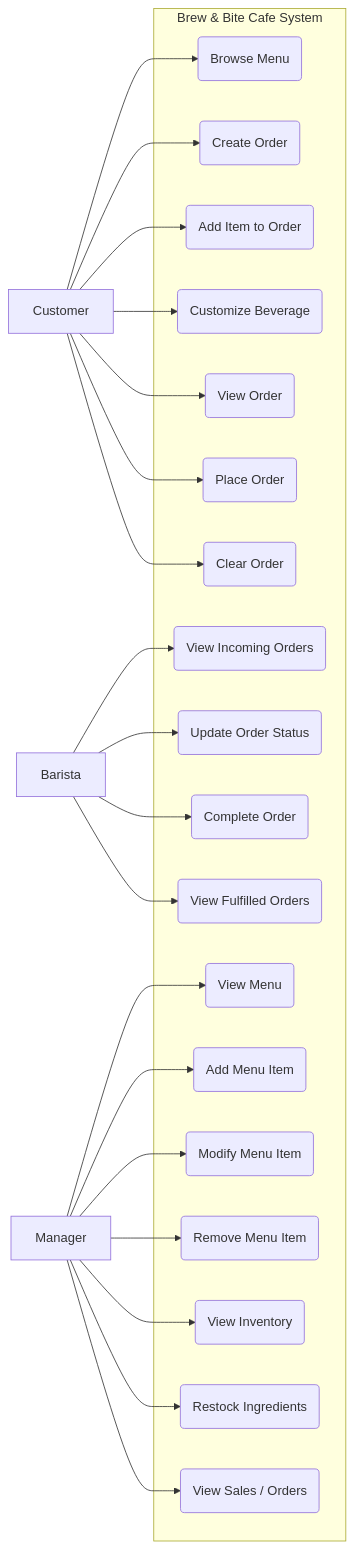
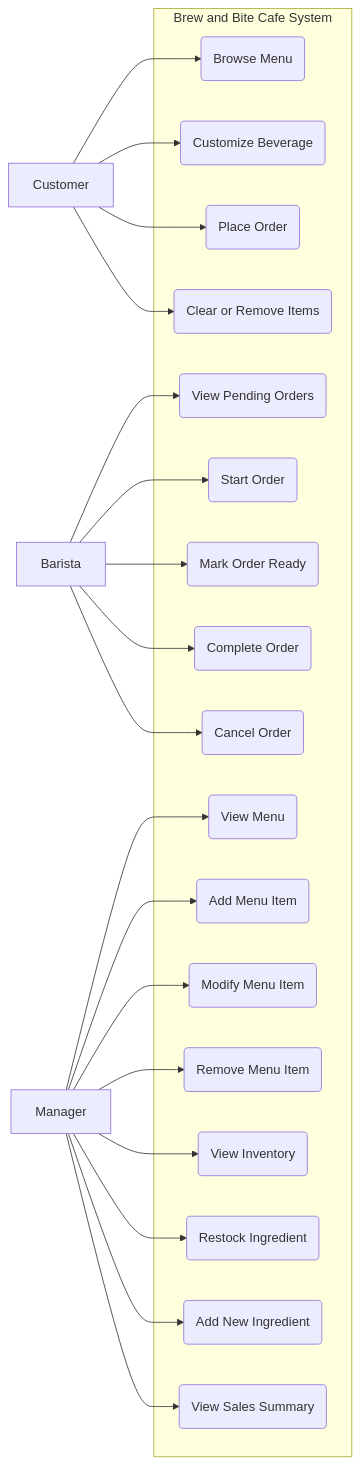
Before and after one commit to nhulchris/ICS-372-Group-Project: the first of 6 diagrams in Report.md, drawn with Mermaid. The commit also changed other lines of this file, not shown here.

````diff
--- a/Report.md
+++ b/Report.md
@@ -3,51 +31,48 @@
 ```mermaid
 graph LR
     Customer[Customer]
     Barista[Barista]
     Manager[Manager]
 
-    subgraph System["Brew & Bite Cafe System"]
+    subgraph System["Brew and Bite Cafe System"]
+        UC1(Browse Menu)
+        UC2(Customize Beverage)
+        UC3(Place Order)
+        UC4(Clear or Remove Items)
 
-        UC1(Browse Menu)
-        UC2(Create Order)
-        UC3(Add Item to Order)
-        UC4(Customize Beverage)
-        UC5(View Order)
-        UC6(Place Order)
-        UC7(Clear Order)
+        UC5(View Pending Orders)
+        UC6(Start Order)
+        UC7(Mark Order Ready)
+        UC8(Complete Order)
+        UC9(Cancel Order)
 
-        UC8(View Incoming Orders)
-        UC9(Update Order Status)
-        UC10(Complete Order)
-        UC11(View Fulfilled Orders)
-
-        UC12(View Menu)
-        UC13(Add Menu Item)
-        UC14(Modify Menu Item)
-        UC15(Remove Menu Item)
-        UC16(View Inventory)
-        UC17(Restock Ingredients)
-        UC18(View Sales / Orders)
+        UC10(View Menu)
+        UC11(Add Menu Item)
+        UC12(Modify Menu Item)
+        UC13(Remove Menu Item)
+        UC14(View Inventory)
+        UC15(Restock Ingredient)
+        UC16(Add New Ingredient)
+        UC17(View Sales Summary)
     end
 
     Customer --> UC1
     Customer --> UC2
     Customer --> UC3
     Customer --> UC4
-    Customer --> UC5
-    Customer --> UC6
-    Customer --> UC7
 
+    Barista --> UC5
+    Barista --> UC6
+    Barista --> UC7
     Barista --> UC8
     Barista --> UC9
-    Barista --> UC10
-    Barista --> UC11
 
+    Manager --> UC10
+    Manager --> UC11
     Manager --> UC12
     Manager --> UC13
     Manager --> UC14
     Manager --> UC15
     Manager --> UC16
     Manager --> UC17
-    Manager --> UC18
 ```
````
